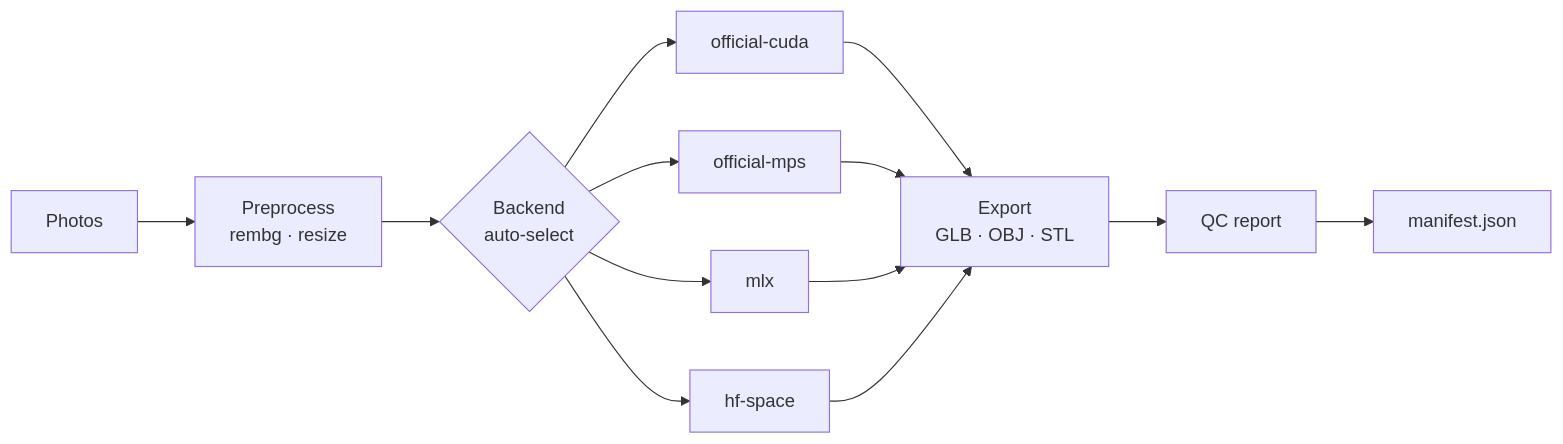
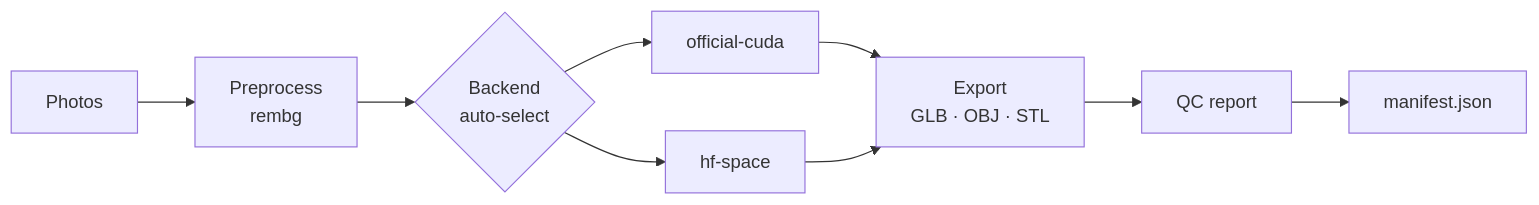
Before and after one commit to rahu619/trellis-forge: the first of 2 diagrams in README.md, drawn with Mermaid. The commit also changed other lines of this file and 30 other files, not shown here.

````diff
--- a/README.md
+++ b/README.md
@@ -58,12 +56,10 @@
 ```mermaid
 flowchart LR
-    P["Photos"] --> Pre["Preprocess<br/>rembg · resize"]
+    P["Photos"] --> Pre["Preprocess<br/>rembg"]
     Pre --> B{"Backend<br/>auto-select"}
     B --> C["official-cuda"]
-    B --> M["official-mps"]
-    B --> X["mlx"]
     B --> H["hf-space"]
-    C & M & X & H --> E["Export<br/>GLB · OBJ · STL"]
+    C & H --> E["Export<br/>GLB · OBJ · STL"]
     E --> Q["QC report"]
     Q --> Man["manifest.json"]
 ```
````
